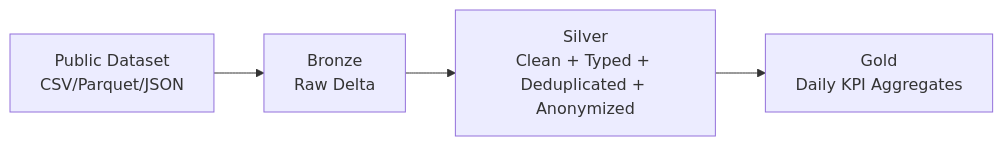
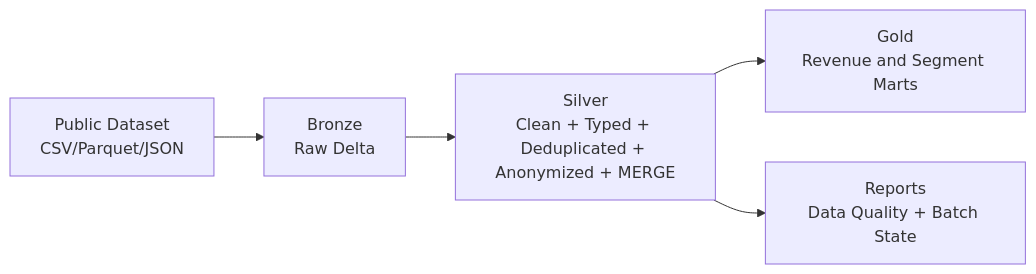
One commit to MatheuszOL/flagship-medallion-lakehouse changed the diagram in README.md. Above: the diagram before and after it, drawn with Mermaid. The commit also changed other lines of this file and 1 other file, not shown here.

````diff
--- a/README.md
+++ b/README.md
@@ -14,6 +16,7 @@
 ```mermaid
 flowchart LR
     A[Public Dataset\nCSV/Parquet/JSON] --> B[Bronze\nRaw Delta]
-    B --> C[Silver\nClean + Typed + Deduplicated + Anonymized]
-    C --> D[Gold\nDaily KPI Aggregates]
+  B --> C[Silver\nClean + Typed + Deduplicated + Anonymized + MERGE]
+  C --> D[Gold\nRevenue and Segment Marts]
+  C --> E[Reports\nData Quality + Batch State]
 ```
````
